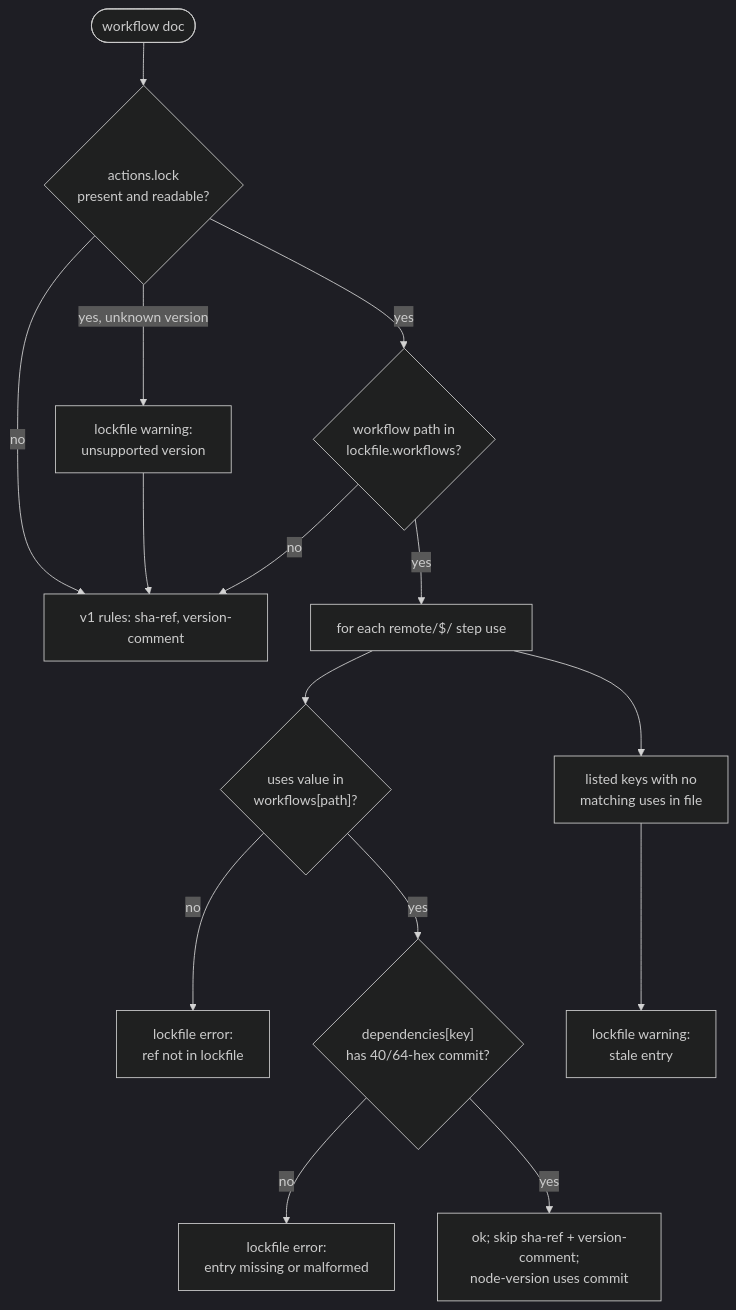
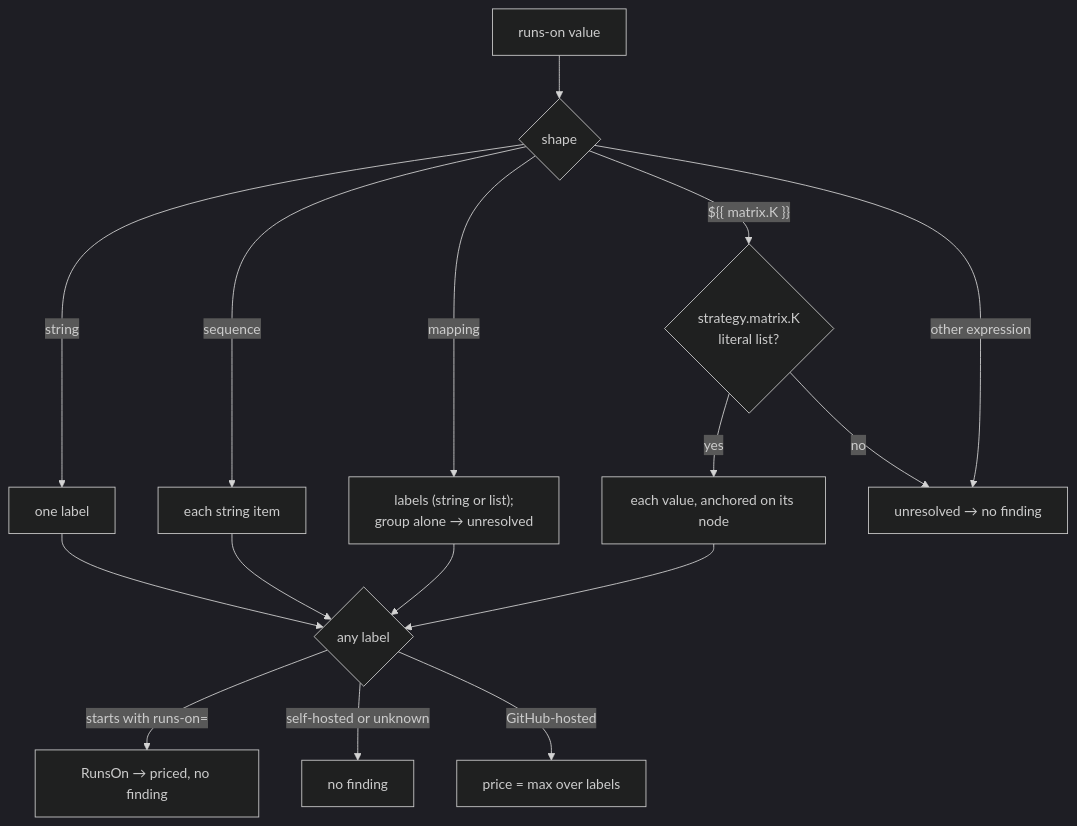
The second of 3 diagrams in changes/gha-workflow-validator-v2/design.md (smartcontractkit/.github), drawn with Mermaid (dark theme) before and after one commit. The commit also changed other lines of this file and 1 other file, not shown here.

````diff
--- a/changes/gha-workflow-validator-v2/design.md
+++ b/changes/gha-workflow-validator-v2/design.md
@@ -345,15 +332,15 @@
 ```mermaid
 flowchart TD
-  Start([workflow doc]) --> HasLF{actions.lock<br/>present and readable?}
-  HasLF -- no --> V1[v1 rules: sha-ref, version-comment]
-  HasLF -- "yes, unknown version" --> Warn["lockfile warning:<br/>unsupported version"] --> V1
-  HasLF -- yes --> Onb{"workflow path in<br/>lockfile.workflows?"}
-  Onb -- no --> V1
-  Onb -- yes --> Each[for each remote/$/ step use]
-  Each --> Listed{"uses value in<br/>workflows[path]?"}
-  Listed -- no --> E1["lockfile error:<br/>ref not in lockfile"]
-  Listed -- yes --> Dep{"dependencies[key]<br/>has 40/64-hex commit?"}
-  Dep -- no --> E2["lockfile error:<br/>entry missing or malformed"]
-  Dep -- yes --> OK[ok; skip sha-ref + version-comment;<br/>node-version uses commit]
-  Each --> Extra["listed keys with no<br/>matching uses in file"] --> W1["lockfile warning:<br/>stale entry"]
+  R[runs-on value] --> Shape{shape}
+  Shape -- string --> L[one label]
+  Shape -- sequence --> LS[each string item]
+  Shape -- "mapping" --> M["labels (string or list);<br/>group alone → unresolved"]
+  Shape -- "${{ matrix.K }}" --> MX{"strategy.matrix.K<br/>literal list?"}
+  MX -- yes --> Each[each value, anchored on its node]
+  MX -- no --> U[unresolved → no finding]
+  Shape -- other expression --> U
+  L & LS & M & Each --> C{any label}
+  C -- "starts with runs-on=" --> RO[RunsOn → priced, no finding]
+  C -- "self-hosted or unknown" --> SH[no finding]
+  C -- GitHub-hosted --> GH["price = max over labels"]
 ```
````
